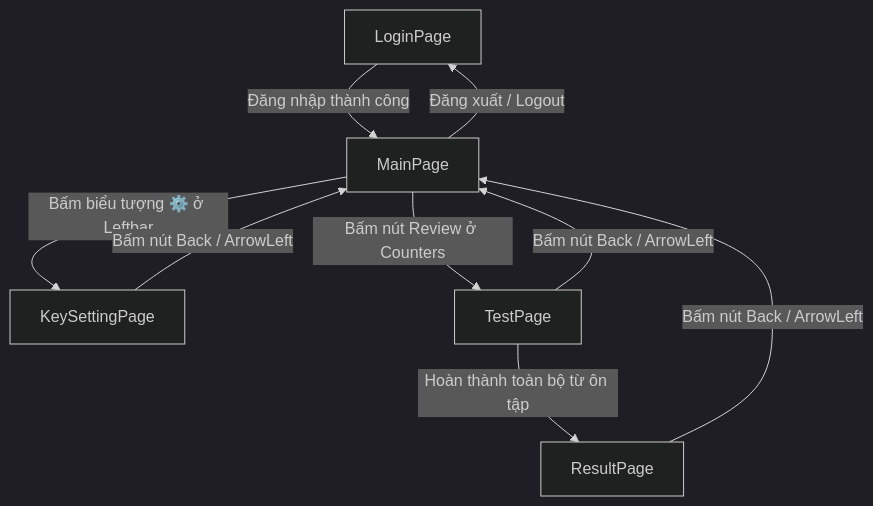
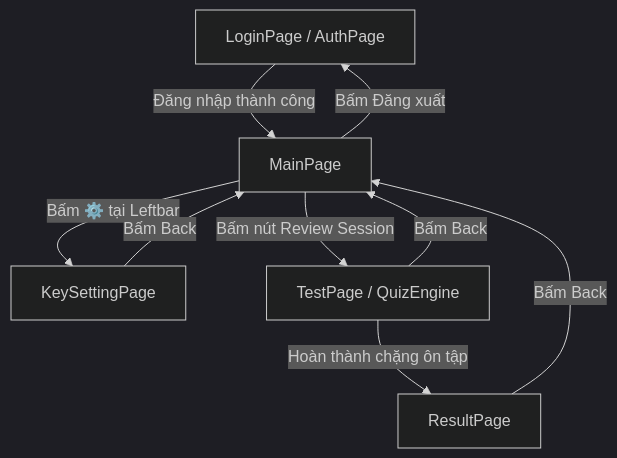
One commit to Kieuhieu1408/learning_english_fe changed the first of 2 diagrams in docs/brd.md. Above: the diagram before and after it, drawn with Mermaid (dark theme). The commit also changed other lines of this file and 75 other files, not shown here.

````diff
--- a/docs/brd.md
+++ b/docs/brd.md
@@ -33,11 +40,11 @@
 ```mermaid
 graph TD
-    A[LoginPage] -->|Đăng nhập thành công| B[MainPage]
-    B -->|Bấm biểu tượng ⚙️ ở Leftbar| C[KeySettingPage]
-    B -->|Bấm nút Review ở Counters| D[TestPage]
-    D -->|Hoàn thành toàn bộ từ ôn tập| E[ResultPage]
-    C -->|Bấm nút Back / ArrowLeft| B
-    D -->|Bấm nút Back / ArrowLeft| B
-    E -->|Bấm nút Back / ArrowLeft| B
-    B -->|Đăng xuất / Logout| A
+    A[LoginPage / AuthPage] -->|Đăng nhập thành công| B[MainPage]
+    B -->|Bấm ⚙️ tại Leftbar| C[KeySettingPage]
+    B -->|Bấm nút Review Session| D[TestPage / QuizEngine]
+    D -->|Hoàn thành chặng ôn tập| E[ResultPage]
+    C -->|Bấm Back| B
+    D -->|Bấm Back| B
+    E -->|Bấm Back| B
+    B -->|Bấm Đăng xuất| A
 ```
````
